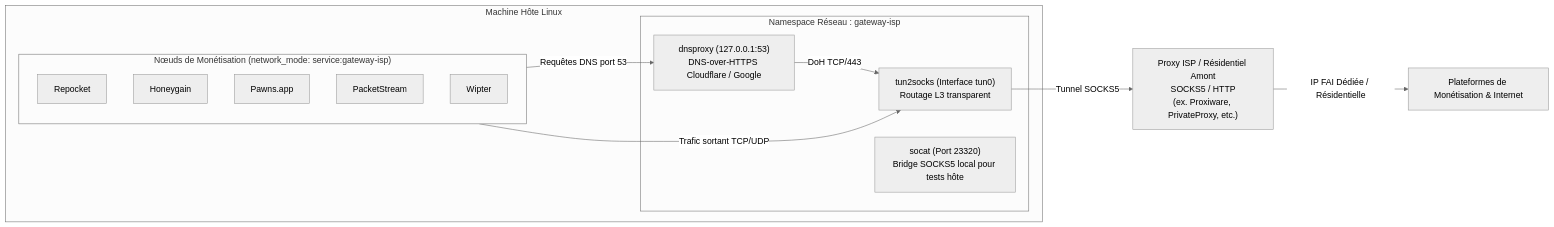
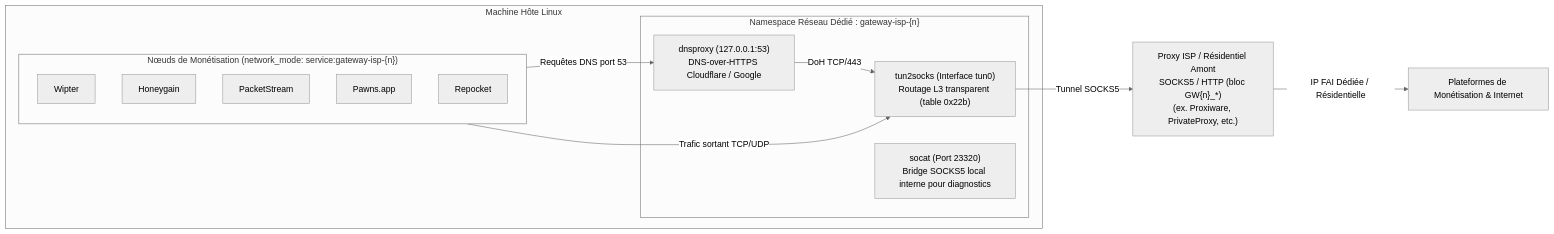
The diagram in docs/Integration_Passerelle_ISP_Residential.md (ki2pixel/proxy_docker), drawn with Mermaid (neutral theme) before and after one commit. The commit also changed other lines of this file and 14 other files, not shown here.

````diff
--- a/docs/Integration_Passerelle_ISP_Residential.md
+++ b/docs/Integration_Passerelle_ISP_Residential.md
@@ -11,27 +11,27 @@
 ```mermaid
 graph LR
     subgraph DockerHost ["Machine Hôte Linux"]
-        subgraph ISPNamespace ["Namespace Réseau : gateway-isp"]
-            TUN["tun2socks (Interface tun0)<br>Routage L3 transparent"]
+        subgraph ISPNamespace ["Namespace Réseau Dédié : gateway-isp-{n}"]
+            TUN["tun2socks (Interface tun0)<br>Routage L3 transparent (table 0x22b)"]
             DNS["dnsproxy (127.0.0.1:53)<br>DNS-over-HTTPS Cloudflare / Google"]
-            SOCAT["socat (Port 23320)<br>Bridge SOCKS5 local pour tests hôte"]
+            SOCAT["socat (Port 23320)<br>Bridge SOCKS5 local interne pour diagnostics"]
         end
 
-        subgraph MonetizationNodes ["Nœuds de Monétisation (network_mode: service:gateway-isp)"]
+        subgraph MonetizationNodes ["Nœuds de Monétisation (network_mode: service:gateway-isp-{n})"]
+            WP["Wipter"]
+            HG["Honeygain"]
+            PS["PacketStream"]
+            PA["Pawns.app"]
             RP["Repocket"]
-            HG["Honeygain"]
-            PA["Pawns.app"]
-            PS["PacketStream"]
-            PR["Wipter"]
         end
     end
 
-    PROXY["Proxy ISP / Résidentiel Amont<br>SOCKS5 / HTTP<br>(ex. Proxiware, PrivateProxy, etc.)"]
+    PROXY["Proxy ISP / Résidentiel Amont<br>SOCKS5 / HTTP (bloc GW{n}_*)<br>(ex. Proxiware, PrivateProxy, etc.)"]
     INTERNET["Plateformes de Monétisation & Internet"]
 
     MonetizationNodes -->|Trafic sortant TCP/UDP| TUN
     MonetizationNodes -->|Requêtes DNS port 53| DNS
     DNS -->|DoH TCP/443| TUN
     TUN -->|Tunnel SOCKS5| PROXY
     PROXY -->|IP FAI Dédiée / Résidentielle| INTERNET
 ```
````
